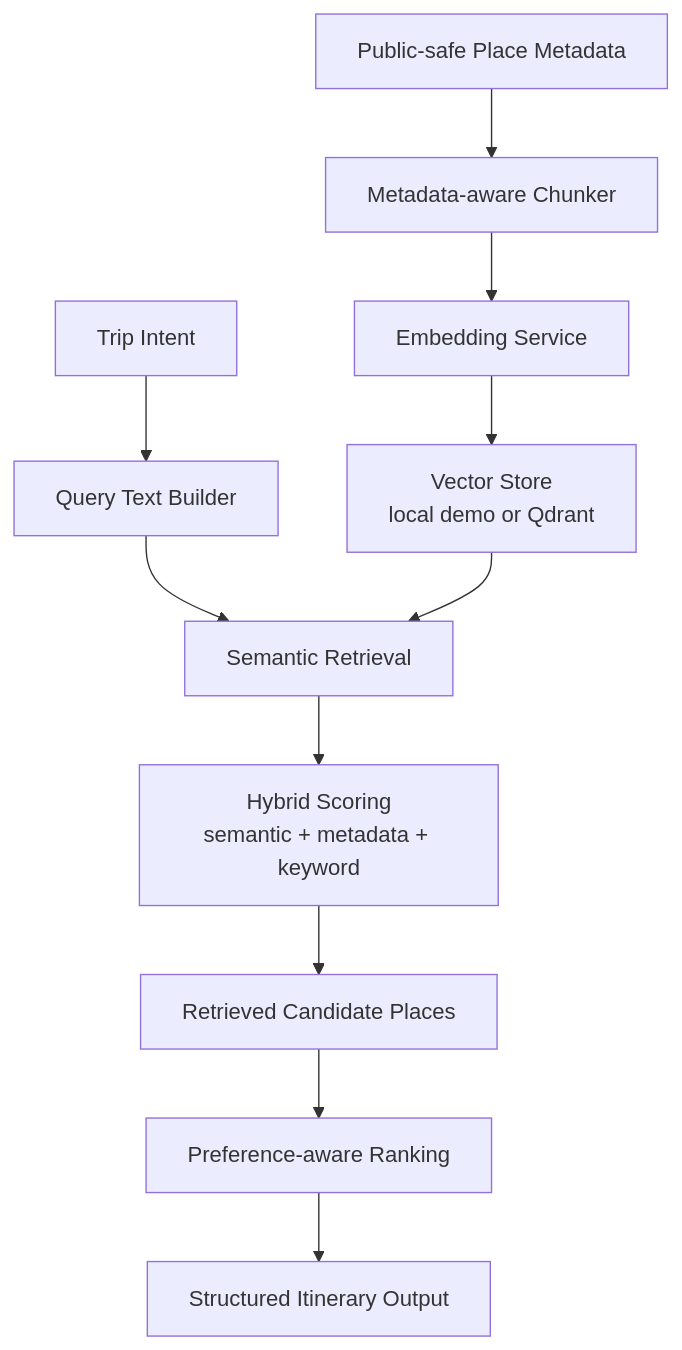
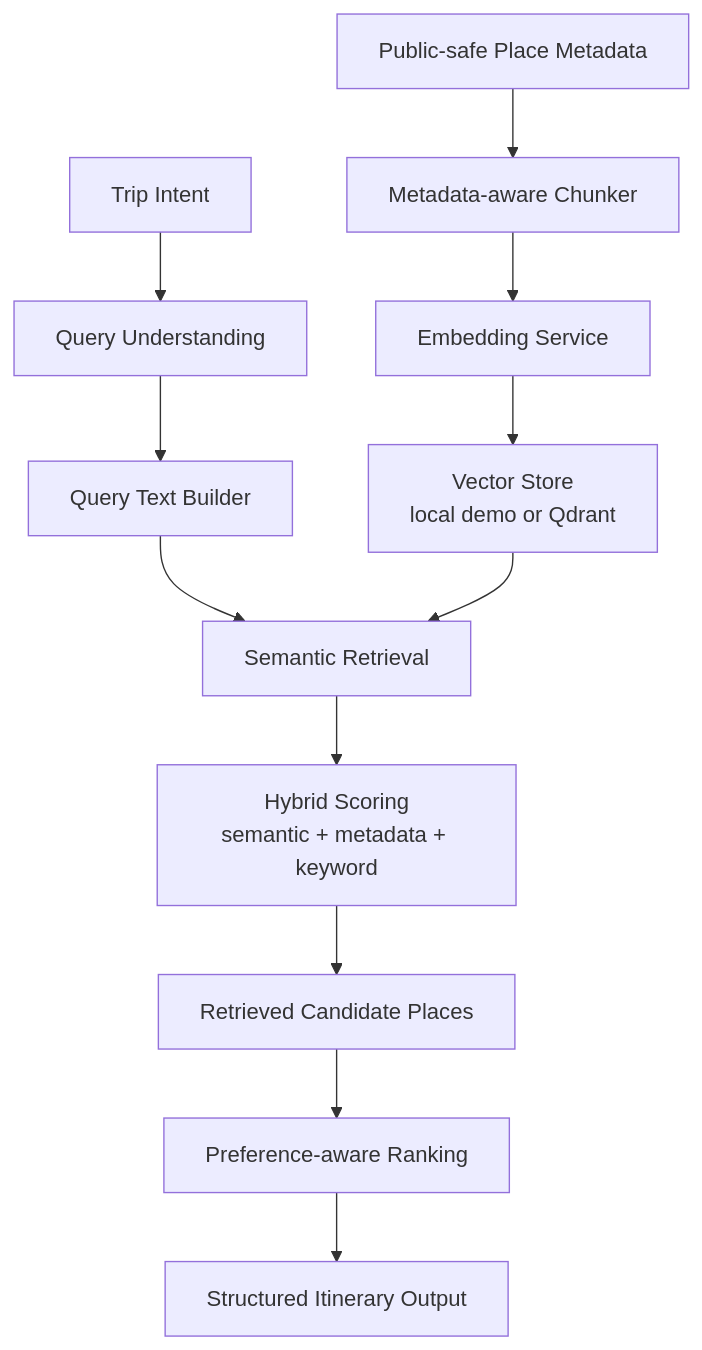
The diagram in docs/RETRIEVAL_LAYER.md (PRRanavvv/WayFinder-Labs), drawn with Mermaid before and after one commit. The commit also changed other lines of this file and 18 other files, not shown here.

Commit message:
Add travel knowledge and query understanding layers

````diff
--- a/docs/RETRIEVAL_LAYER.md
+++ b/docs/RETRIEVAL_LAYER.md
@@ -9,13 +9,14 @@
 ```mermaid
 flowchart TD
-  Intent["Trip Intent"] --> Query["Query Text Builder"]
+  Intent["Trip Intent"] --> Understand["Query Understanding"]
+  Understand --> Query["Query Text Builder"]
   Metadata["Public-safe Place Metadata"] --> Chunker["Metadata-aware Chunker"]
   Chunker --> Embed["Embedding Service"]
   Embed --> Index["Vector Store<br/>local demo or Qdrant"]
   Query --> Search["Semantic Retrieval"]
   Index --> Search
   Search --> Context["Hybrid Scoring<br/>semantic + metadata + keyword"]
   Context --> Candidates["Retrieved Candidate Places"]
   Candidates --> Ranking["Preference-aware Ranking"]
   Ranking --> Itinerary["Structured Itinerary Output"]
 ```
````
